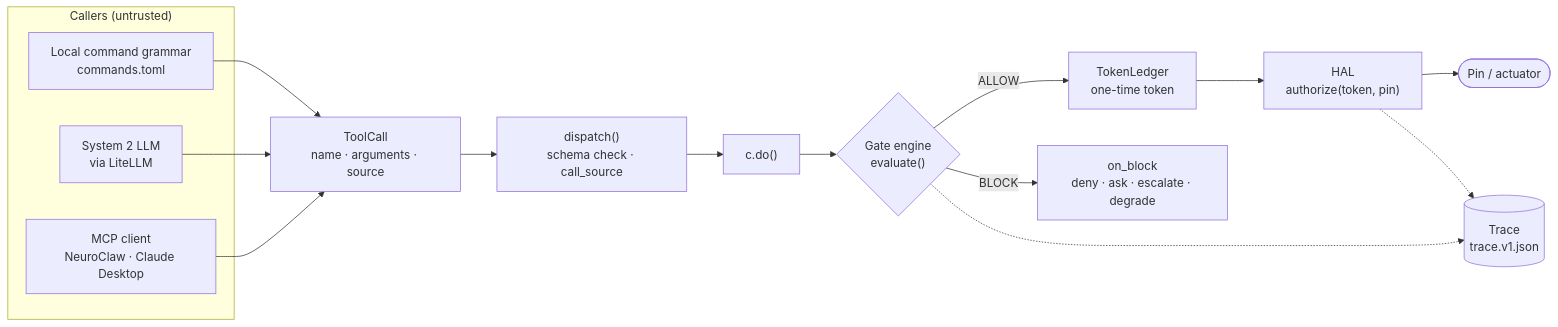
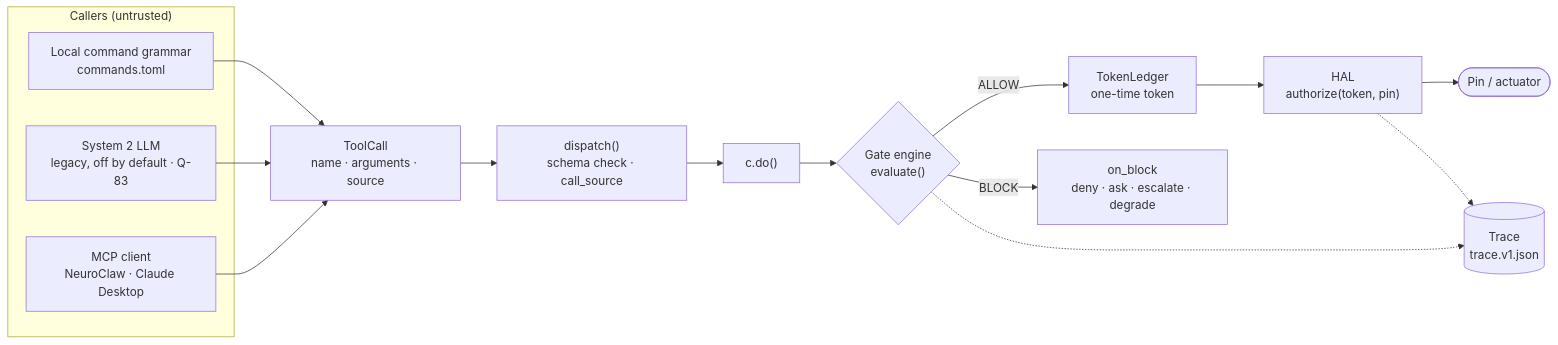
Before and after one commit to letrongminh/neuroedge-init: the second of 3 diagrams in docs/architecture/vi/00-overview.md, drawn with Mermaid. The commit also changed other lines of this file and 26 other files, not shown here.

````diff
--- a/docs/architecture/vi/00-overview.md
+++ b/docs/architecture/vi/00-overview.md
@@ -182,26 +194,26 @@
 ```mermaid
 flowchart LR
     subgraph Sources["Callers (untrusted)"]
         G["Local command grammar<br/>commands.toml"]
-        S2["System 2 LLM<br/>via LiteLLM"]
+        S2["System 2 LLM<br/>legacy, off by default · Q-83"]
         MCP["MCP client<br/>NeuroClaw · Claude Desktop"]
     end
     TC["ToolCall<br/>name · arguments · source"]
     D["dispatch()<br/>schema check · call_source"]
     DO["c.do()"]
     GATE{"Gate engine<br/>evaluate()"}
     TOK["TokenLedger<br/>one-time token"]
     HAL["HAL<br/>authorize(token, pin)"]
     PIN(["Pin / actuator"])
     OB["on_block<br/>deny · ask · escalate · degrade"]
     TR[("Trace<br/>trace.v1.json")]
 
     G --> TC
     S2 --> TC
     MCP --> TC
     TC --> D --> DO --> GATE
     GATE -- ALLOW --> TOK --> HAL --> PIN
     GATE -- BLOCK --> OB
     GATE -.-> TR
     HAL -.-> TR
 ```
````
